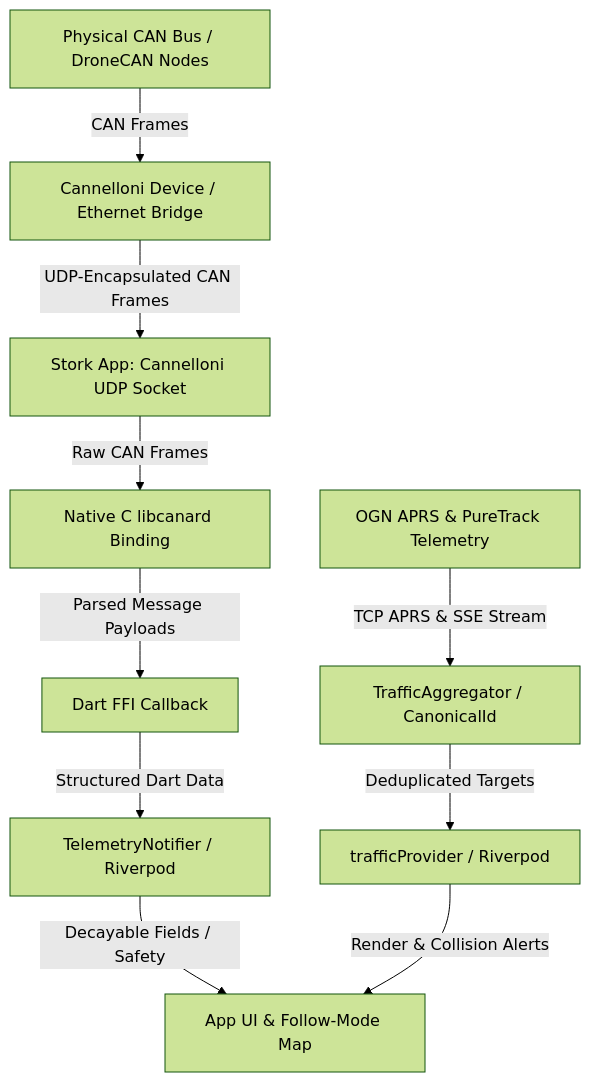
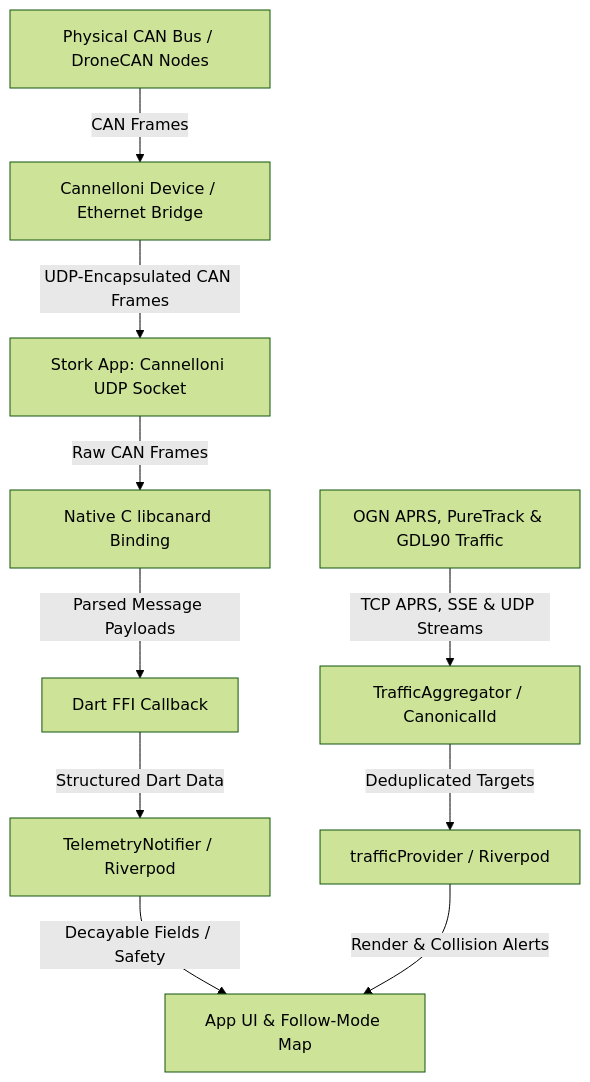
One commit to jobes/stork changed the diagram in documentation/architecture/telemetry-architecture.md. Above: the diagram before and after it, drawn with Mermaid (forest theme). The commit also changed other lines of this file and 4 other files, not shown here.

Commit message:
refactor: update documentation to include GDL90 UDP receiver integration and related features

````diff
--- a/documentation/architecture/telemetry-architecture.md
+++ b/documentation/architecture/telemetry-architecture.md
@@ -13,14 +13,14 @@
 ```mermaid
 graph TD
     A[Physical CAN Bus / DroneCAN Nodes]
     A -->|CAN Frames| B[Cannelloni Device / Ethernet Bridge]
     B -->|UDP-Encapsulated CAN Frames| C[Stork App: Cannelloni UDP Socket]
     C -->|Raw CAN Frames| D[Native C libcanard Binding]
     D -->|Parsed Message Payloads| E[Dart FFI Callback]
     E -->|Structured Dart Data| F[TelemetryNotifier / Riverpod]
     F -->|Decayable Fields / Safety| G[App UI & Follow-Mode Map]
 
-    H[OGN APRS & PureTrack Telemetry] -->|TCP APRS & SSE Stream| I[TrafficAggregator / CanonicalId]
+    H[OGN APRS, PureTrack & GDL90 Traffic] -->|TCP APRS, SSE & UDP Streams| I[TrafficAggregator / CanonicalId]
     I -->|Deduplicated Targets| J[trafficProvider / Riverpod]
     J -->|Render & Collision Alerts| G
 ```
````
